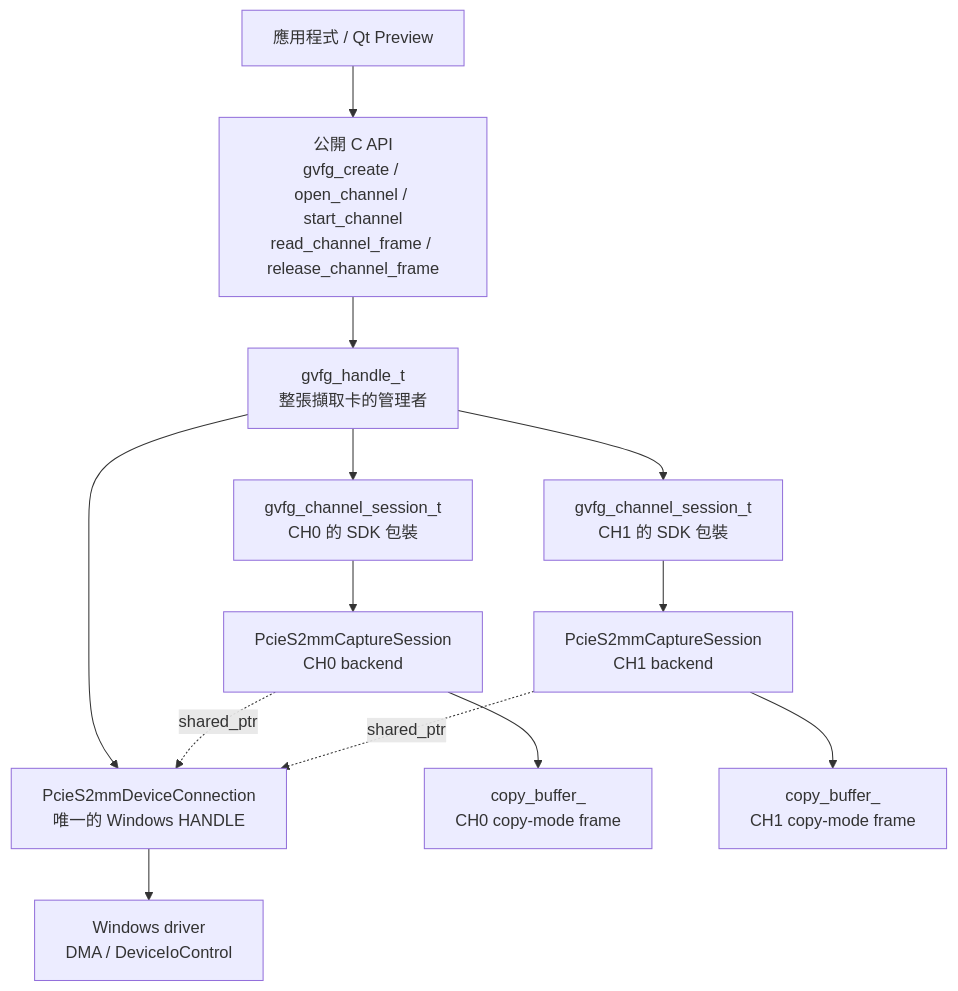
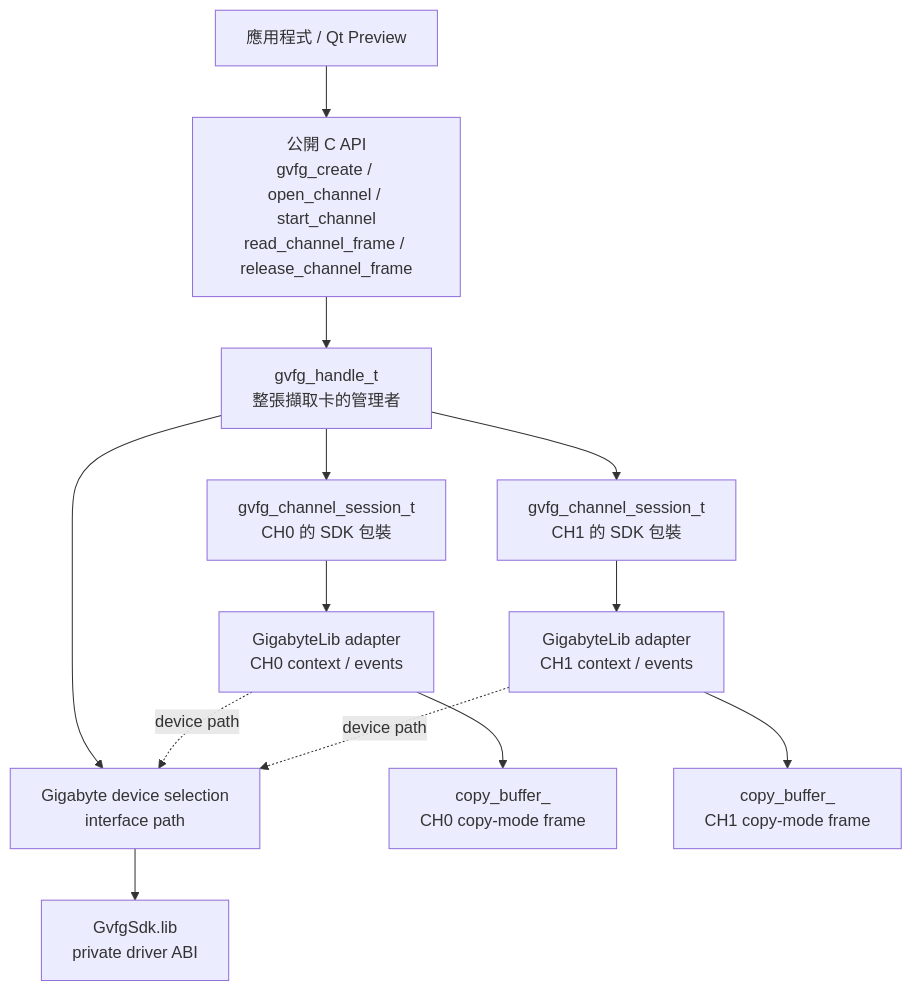
Before and after one commit to MarquezLin/GVFG_Standalone: the diagram in docs/GVFG_Overview.md, drawn with Mermaid. The commit also changed other lines of this file and 33 other files, not shown here.

First line of the commit message:
Replace the legacy backend with GigabyteLib

````diff
--- a/docs/GVFG_Overview.md
+++ b/docs/GVFG_Overview.md
@@ -32,34 +32,34 @@
 ```mermaid
 flowchart TD
     APP["應用程式 / Qt Preview"]
 
     API["公開 C API<br/>gvfg_create / open_channel / start_channel<br/>read_channel_frame / release_channel_frame"]
 
     H["gvfg_handle_t<br/>整張擷取卡的管理者"]
-    DC["PcieS2mmDeviceConnection<br/>唯一的 Windows HANDLE"]
+    DC["Gigabyte device selection<br/>interface path"]
     C0["gvfg_channel_session_t<br/>CH0 的 SDK 包裝"]
     C1["gvfg_channel_session_t<br/>CH1 的 SDK 包裝"]
-    B0["PcieS2mmCaptureSession<br/>CH0 backend"]
-    B1["PcieS2mmCaptureSession<br/>CH1 backend"]
+    B0["GigabyteLib adapter<br/>CH0 context / events"]
+    B1["GigabyteLib adapter<br/>CH1 context / events"]
     BUF0["copy_buffer_<br/>CH0 copy-mode frame"]
     BUF1["copy_buffer_<br/>CH1 copy-mode frame"]
-    DRV["Windows driver<br/>DMA / DeviceIoControl"]
+    DRV["GvfgSdk.lib<br/>private driver ABI"]
 
     APP --> API
     API --> H
 
     H --> DC
     H --> C0
     H --> C1
 
     C0 --> B0
     C1 --> B1
 
-    B0 -. shared_ptr .-> DC
-    B1 -. shared_ptr .-> DC
+    B0 -. device path .-> DC
+    B1 -. device path .-> DC
 
     B0 --> BUF0
     B1 --> BUF1
 
     DC --> DRV
 ```
````
